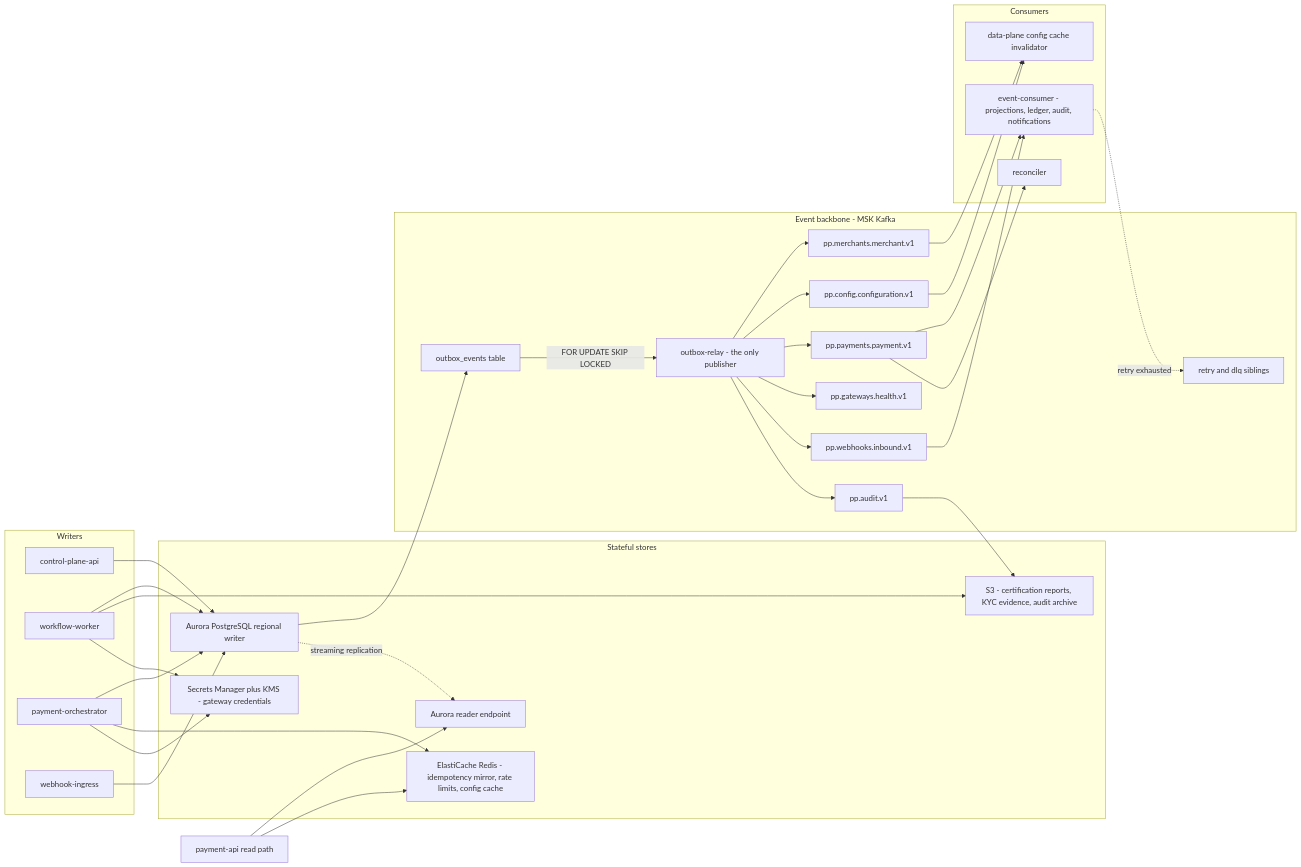
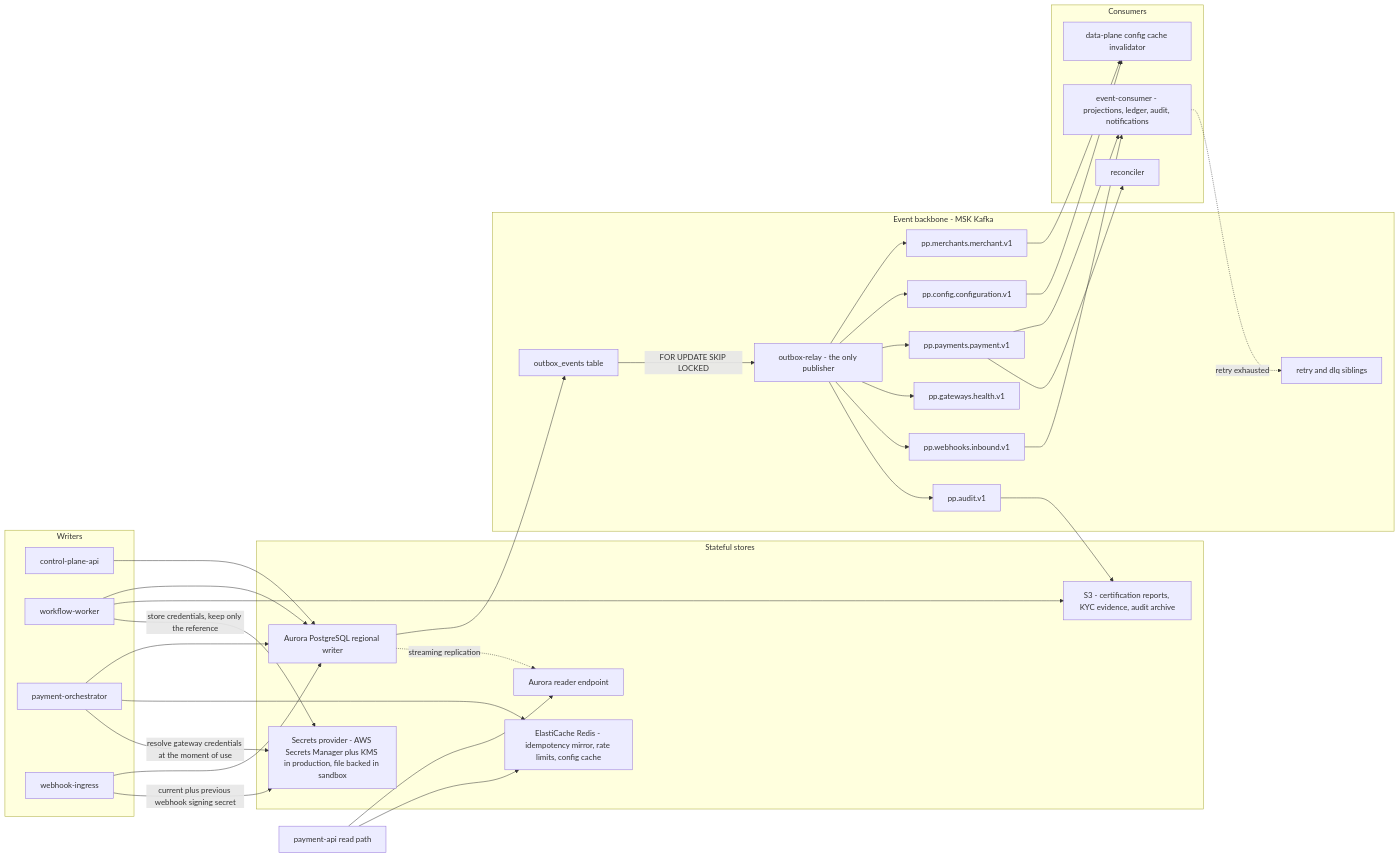
One commit to udaykishore-resu/payments-platform changed the second of 2 diagrams in docs/diagrams/02-high-level-design.md. Above: the diagram before and after it, drawn with Mermaid. The commit also changed other lines of this file and 67 other files, not shown here.

````diff
--- a/docs/diagrams/02-high-level-design.md
+++ b/docs/diagrams/02-high-level-design.md
@@ -89,63 +89,64 @@
 ```mermaid
 flowchart LR
   subgraph WRITERS["Writers"]
     CPAPI2["control-plane-api"]
     WFW2["workflow-worker"]
     PORC2["payment-orchestrator"]
     WHIG2["webhook-ingress"]
   end
 
   subgraph STORES["Stateful stores"]
     PGW["Aurora PostgreSQL regional writer"]
     PGR["Aurora reader endpoint"]
     REDIS["ElastiCache Redis - idempotency mirror, rate limits, config cache"]
     S3["S3 - certification reports, KYC evidence, audit archive"]
-    SM["Secrets Manager plus KMS - gateway credentials"]
+    SM["Secrets provider - AWS Secrets Manager plus KMS in production, file backed in sandbox"]
   end
 
   subgraph BUS["Event backbone - MSK Kafka"]
     OBX["outbox_events table"]
     RLY["outbox-relay - the only publisher"]
     TMER["pp.merchants.merchant.v1"]
     TCFG["pp.config.configuration.v1"]
     TPAY["pp.payments.payment.v1"]
     TGWH["pp.gateways.health.v1"]
     TWHK["pp.webhooks.inbound.v1"]
     TAUD["pp.audit.v1"]
     TDLQ["retry and dlq siblings"]
   end
 
   subgraph CONS["Consumers"]
     ECON2["event-consumer - projections, ledger, audit, notifications"]
     RCN["reconciler"]
     CACHE["data-plane config cache invalidator"]
   end
 
   CPAPI2 --> PGW
   WFW2 --> PGW
   PORC2 --> PGW
   WHIG2 --> PGW
   PORC2 --> REDIS
   PAPIRD["payment-api read path"] --> PGR
   PAPIRD --> REDIS
   WFW2 --> S3
-  WFW2 --> SM
-  PORC2 --> SM
+  WFW2 -->|"store credentials, keep only the reference"| SM
+  PORC2 -->|"resolve gateway credentials at the moment of use"| SM
+  WHIG2 -->|"current plus previous webhook signing secret"| SM
 
   PGW --> OBX
   OBX -->|"FOR UPDATE SKIP LOCKED"| RLY
   RLY --> TMER
   RLY --> TCFG
   RLY --> TPAY
   RLY --> TGWH
   RLY --> TWHK
   RLY --> TAUD
   TPAY --> ECON2
   TWHK --> ECON2
   TMER --> CACHE
   TCFG --> CACHE
   TPAY --> RCN
   ECON2 -.->|"retry exhausted"| TDLQ
   TAUD --> S3
   PGW -.->|"streaming replication"| PGR
 ```
````
